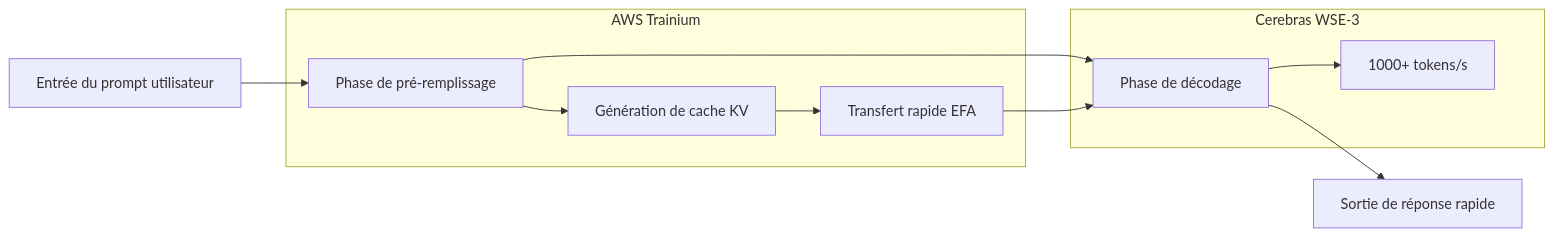
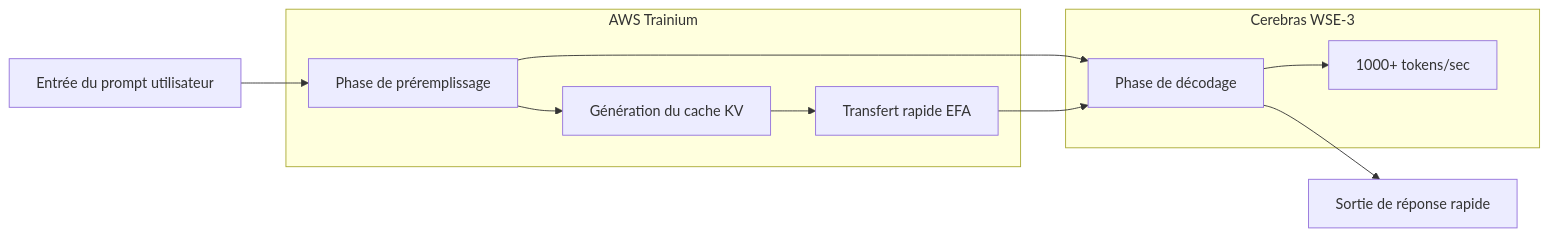
Before and after one commit to no-problem-dev/rick-brick-content: the diagram in articles/fr/2026-03-18-cerebras-openai-inference-acceleration.md, drawn with Mermaid. The commit also changed other lines of this file and 126 other files, not shown here.

````diff
--- a/articles/fr/2026-03-18-cerebras-openai-inference-acceleration.md
+++ b/articles/fr/2026-03-18-cerebras-openai-inference-acceleration.md
@@ -96,16 +109,16 @@
 ```mermaid
 graph LR
-    A[Entrée du prompt utilisateur] --> B[Phase de pré-remplissage]
+    A[Entrée du prompt utilisateur] --> B[Phase de préremplissage]
     B --> C[Phase de décodage]
     C --> D[Sortie de réponse rapide]
 
     subgraph AWS Trainium
-        B --> E[Génération de cache KV]
+        B --> E[Génération du cache KV]
         E --> F[Transfert rapide EFA]
     end
 
     subgraph Cerebras WSE-3
         F --> C
-        C --> G[1000+ tokens/s]
+        C --> G[1000+ tokens/sec]
     end
 ```
````
